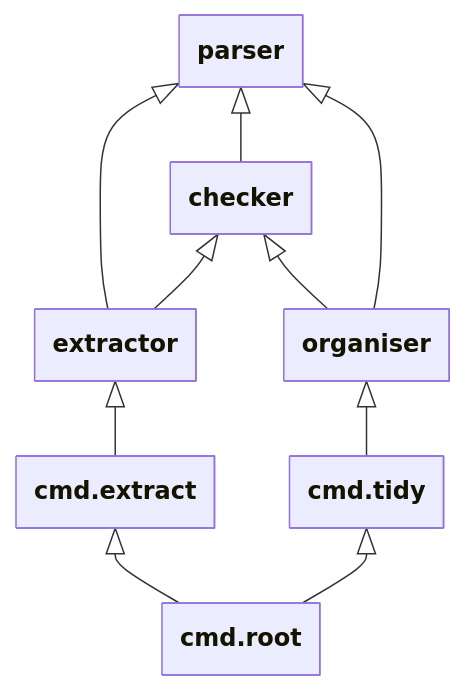
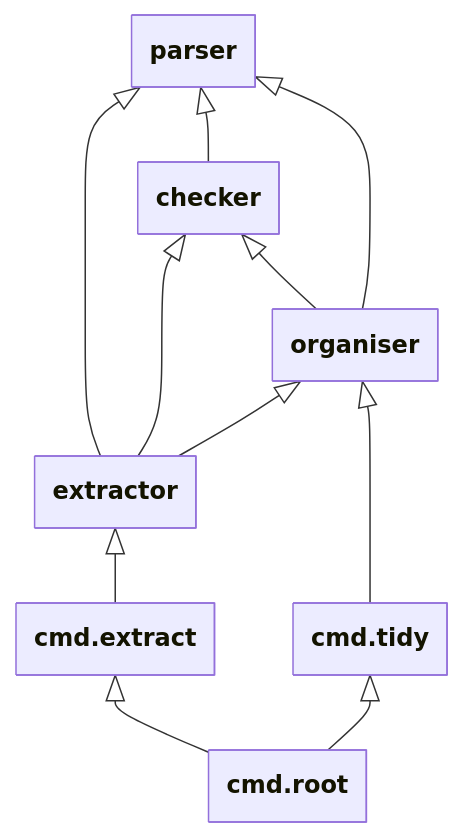
One commit to samcunliffe/bcmp changed the diagram in internal/README.md. Above: the diagram before and after it, drawn with Mermaid.

Commit message:
Missing dependency in diagram.

````diff
--- a/internal/README.md
+++ b/internal/README.md
@@ -1,17 +1,18 @@
 ```mermaid
 ---
 config:
     class:
          hideEmptyMembersBox: true
 ---
 classDiagram
     parser <|-- extractor
     checker <|-- extractor
     checker <|-- organiser
     parser <|-- checker
     parser <|-- organiser
+    organiser <|-- extractor
     organiser <|-- cmd.tidy
     extractor <|-- cmd.extract
     cmd.extract <|-- cmd.root
     cmd.tidy <|-- cmd.root
 ```
````
